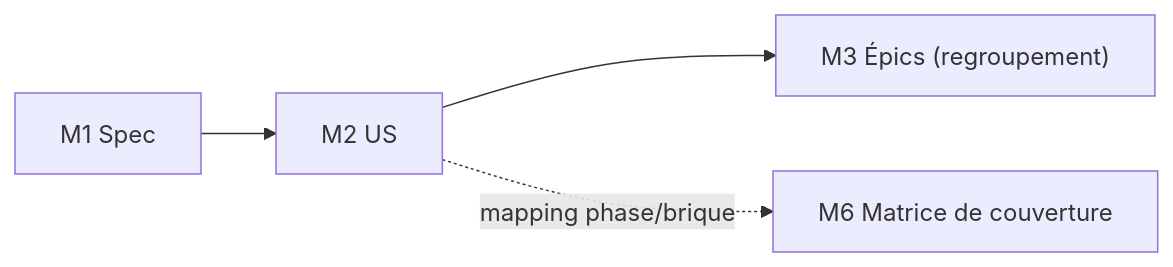
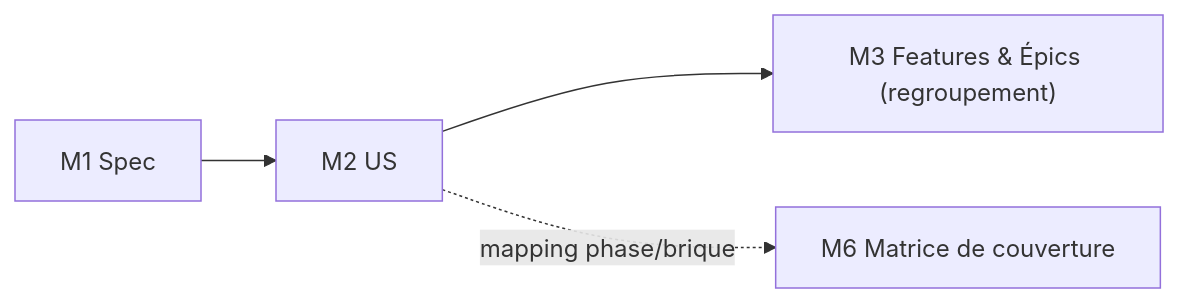
Before and after one commit to jmlmvi/methode-lmvi: the diagram in conception/TEMPLATE-M2-user-stories.md, drawn with Mermaid. The commit also changed other lines of this file and 30 other files, not shown here.

````diff
--- a/conception/TEMPLATE-M2-user-stories.md
+++ b/conception/TEMPLATE-M2-user-stories.md
@@ -18,6 +18,6 @@
 ```mermaid
 flowchart LR
   M1["M1 Spec"] --> M2["M2 US"]
-  M2 --> M3["M3 Épics (regroupement)"]
+  M2 --> M3["M3 Features & Épics (regroupement)"]
   M2 -. "mapping phase/brique" .-> M6["M6 Matrice de couverture"]
 ```
````
